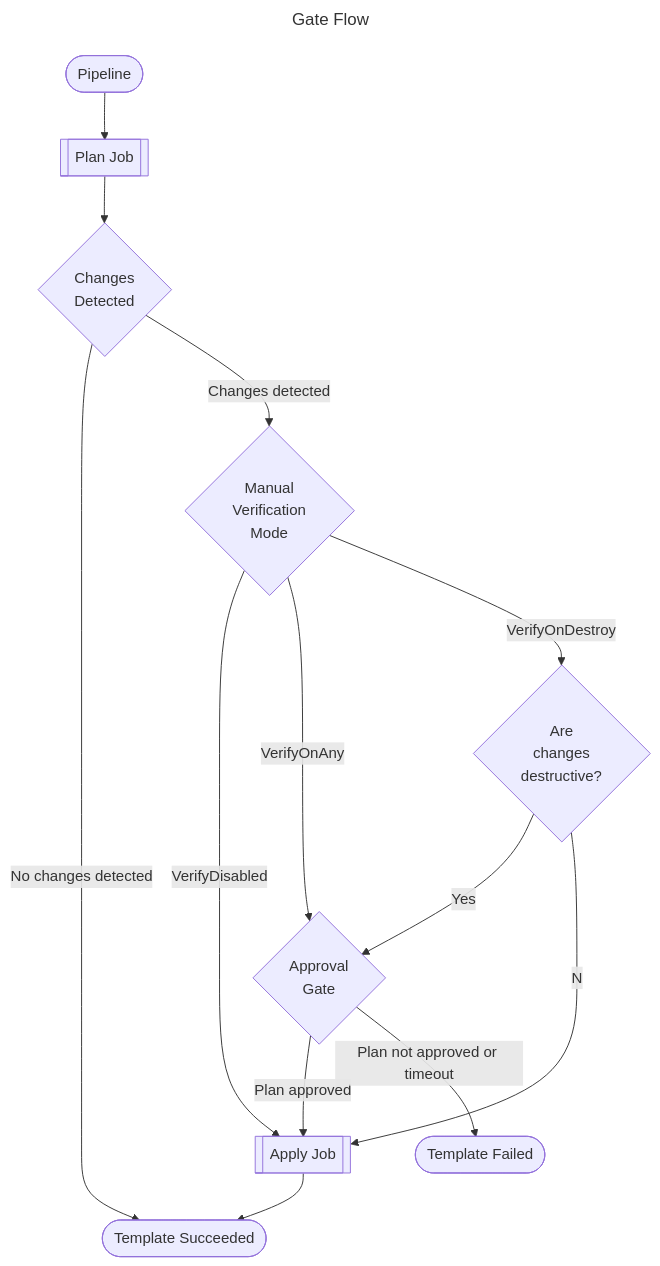
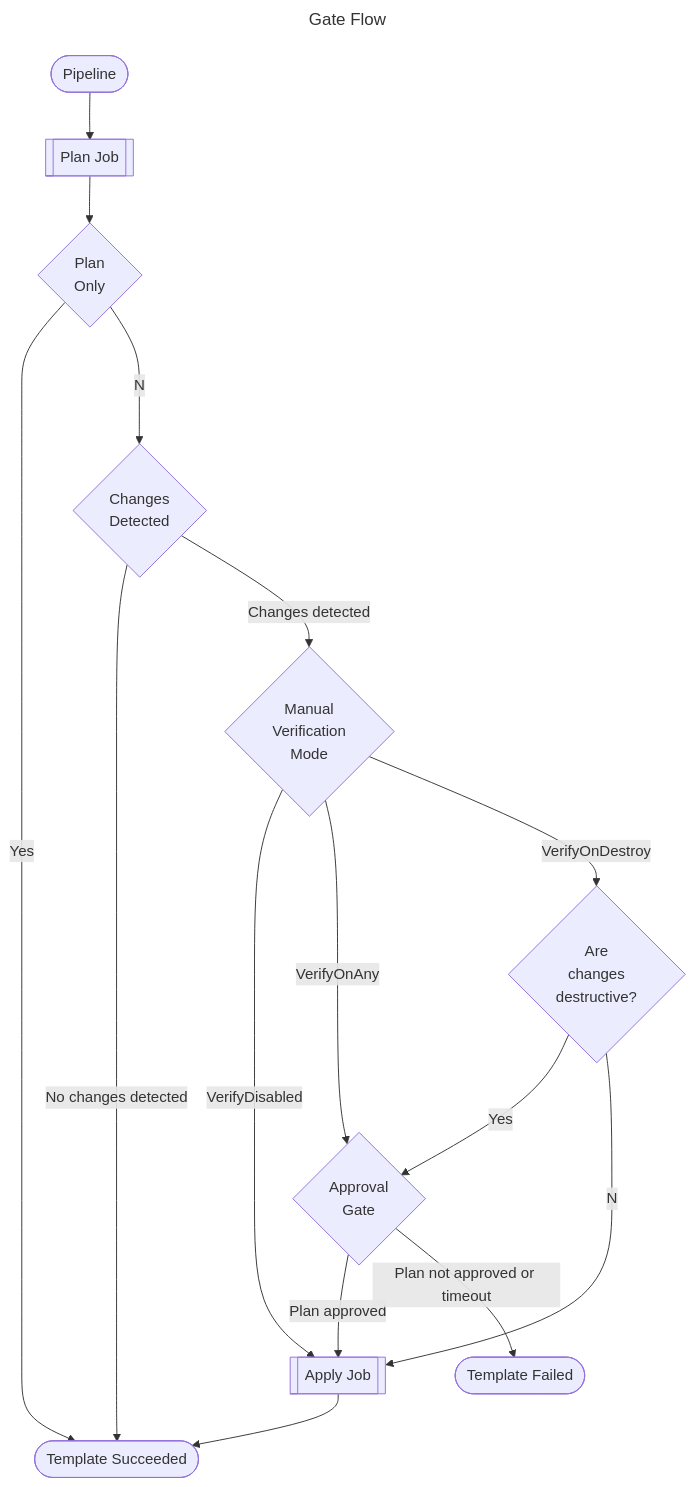
The diagram in docs/how-does-this-template-work.md (UKHO/devops-gated-infrastructure-deploy), drawn with Mermaid before and after one commit.

````diff
--- a/docs/how-does-this-template-work.md
+++ b/docs/how-does-this-template-work.md
@@ -13,28 +13,31 @@
 ```mermaid
 ---
 title: Gate Flow
 ---
 flowchart TD
     pipeline([Pipeline])
     plan[[Plan Job]]
     changes{Changes<br>Detected}
+    planOnly{Plan<br>Only}
     mode{Manual<br>Verification<br>Mode}
     gate{Approval<br>Gate}
     destroy{Are<br>changes<br>destructive?}
     apply[[Apply Job]]
     succeeded([Template Succeeded])
     failed([Template Failed])
 
     pipeline-->plan
-    plan-->changes
+    plan-->planOnly
+    planOnly--Yes-->succeeded
+    planOnly--No-->changes
     changes--No changes detected-->succeeded
     changes--Changes detected-->mode
     mode--VerifyDisabled-->apply
     mode--VerifyOnAny-->gate
     mode--VerifyOnDestroy-->destroy
     destroy--Yes-->gate
     destroy--No-->apply
     gate--Plan approved-->apply
     gate--Plan not approved or timeout-->failed
     apply-->succeeded
 ```
````
